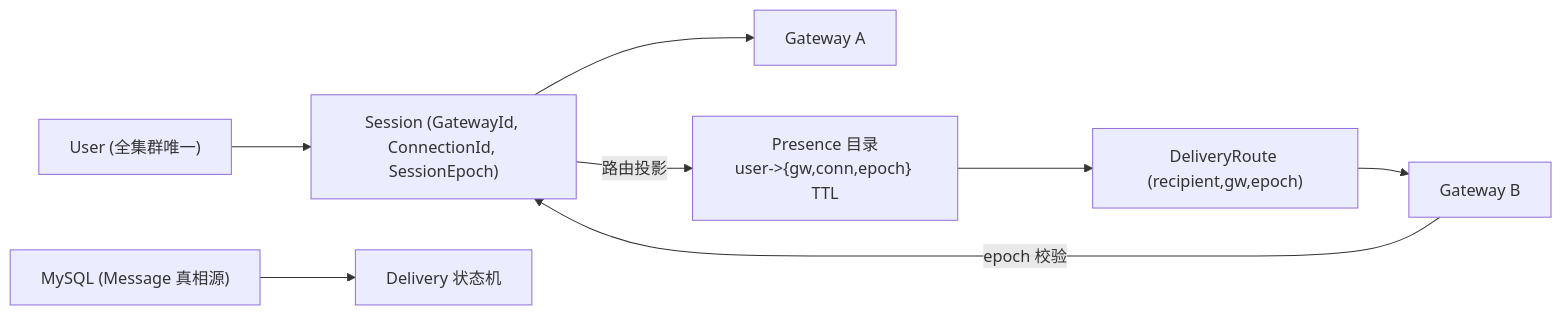
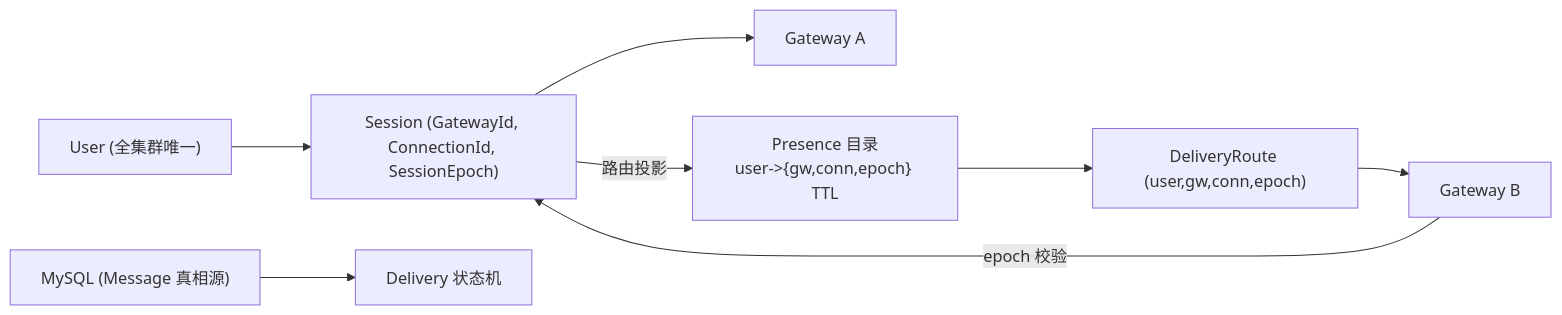
The diagram in docs/architecture/cluster-context-map.md (Makise0721/muduo-chat), drawn with Mermaid before and after one commit. The commit also changed other lines of this file and 11 other files, not shown here.

````diff
--- a/docs/architecture/cluster-context-map.md
+++ b/docs/architecture/cluster-context-map.md
@@ -25,10 +25,10 @@
 ```mermaid
 flowchart LR
     U["User (全集群唯一)"] --> S["Session (GatewayId, ConnectionId, SessionEpoch)"]
     S --> G1["Gateway A"]
     S -->|路由投影| P["Presence 目录<br/>user->{gw,conn,epoch} TTL"]
     M["MySQL (Message 真相源)"] --> D["Delivery 状态机"]
-    P --> R["DeliveryRoute (recipient,gw,epoch)"]
+    P --> R["DeliveryRoute (user,gw,conn,epoch)"]
     R --> G2["Gateway B"]
     G2 -->|epoch 校验| S
 ```
````
